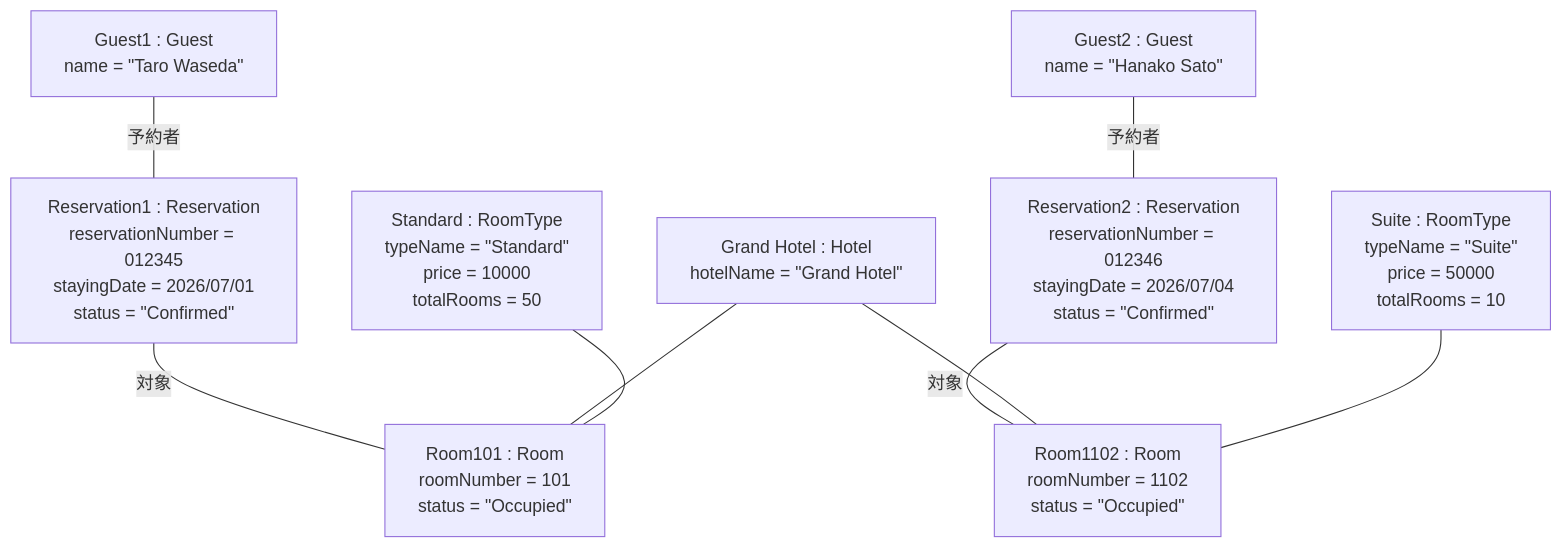
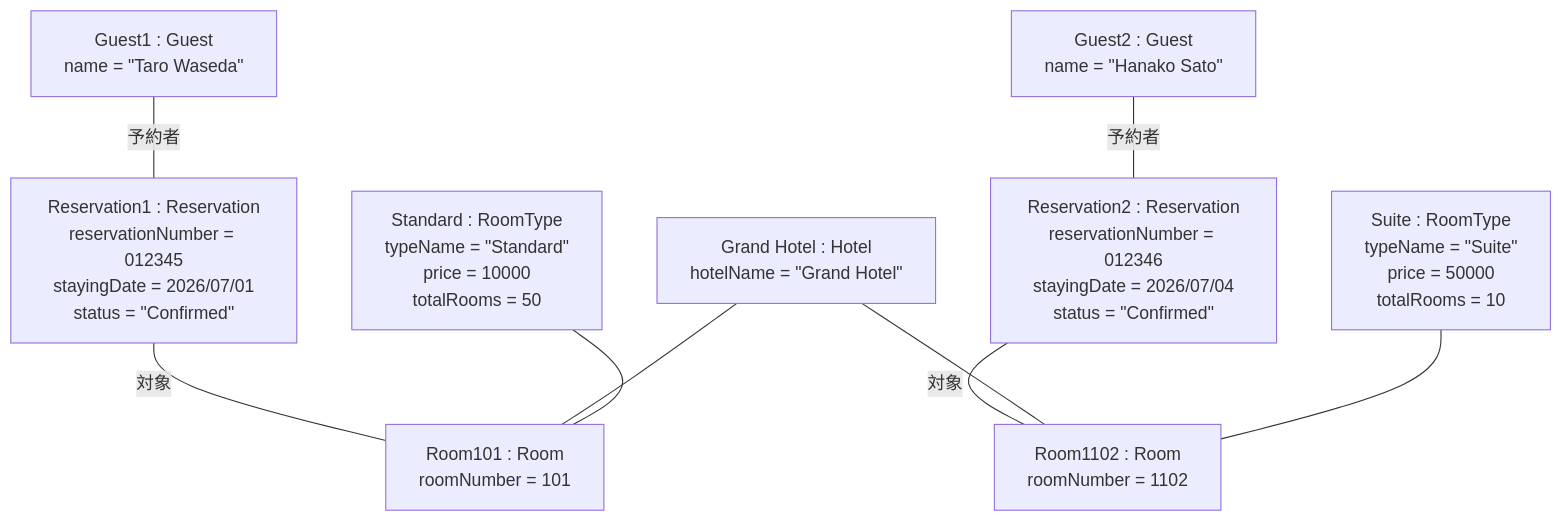
One commit to Kohki-tyl/HRS changed the second of 2 diagrams in Domain_Analysis.md. Above: the diagram before and after it, drawn with Mermaid. The commit also changed other lines of this file, not shown here.

Commit message:
Update Room class by removing reservedDates attribute
Removed reservedDates attribute from Room class in domain analysis.

````diff
--- a/Domain_Analysis.md
+++ b/Domain_Analysis.md
@@ -89,27 +88,27 @@
 ```mermaid
 flowchart TB
     H["Grand Hotel : Hotel<br/>hotelName = &quot;Grand Hotel&quot;"]
     
     RT1["Standard : RoomType<br/>typeName = &quot;Standard&quot;<br/>price = 10000"<br/>totalRooms = 50]
     RT2["Suite : RoomType<br/>typeName = &quot;Suite&quot;<br/>price = 50000"<br/>totalRooms = 10]
 
     G1["Guest1 : Guest<br/>name = &quot;Taro Waseda&quot;"]
     G2["Guest2 : Guest<br/>name = &quot;Hanako Sato&quot;"]
     
     RV1["Reservation1 : Reservation<br/>reservationNumber = 012345<br/>stayingDate = 2026/07/01<br/>status = &quot;Confirmed&quot;" ]
     RV2["Reservation2 : Reservation<br/>reservationNumber = 012346<br/>stayingDate = 2026/07/04<br/>status = &quot;Confirmed&quot;"]
     
-    R1["Room101 : Room<br/>roomNumber = 101<br/>status = &quot;Occupied&quot;"]
-    R2["Room1102 : Room<br/>roomNumber = 1102<br/>status = &quot;Occupied&quot;"]
+    R1["Room101 : Room<br/>roomNumber = 101"]
+    R2["Room1102 : Room<br/>roomNumber = 1102"]
 
     G1 ---|予約者| RV1
     G2 ---|予約者| RV2
     RV1 ---|対象| R1
     RV2 ---|対象| R2
     
     H --- R1
     H --- R2
     
     RT1 --- R1
     RT2 --- R2
 ```
````
